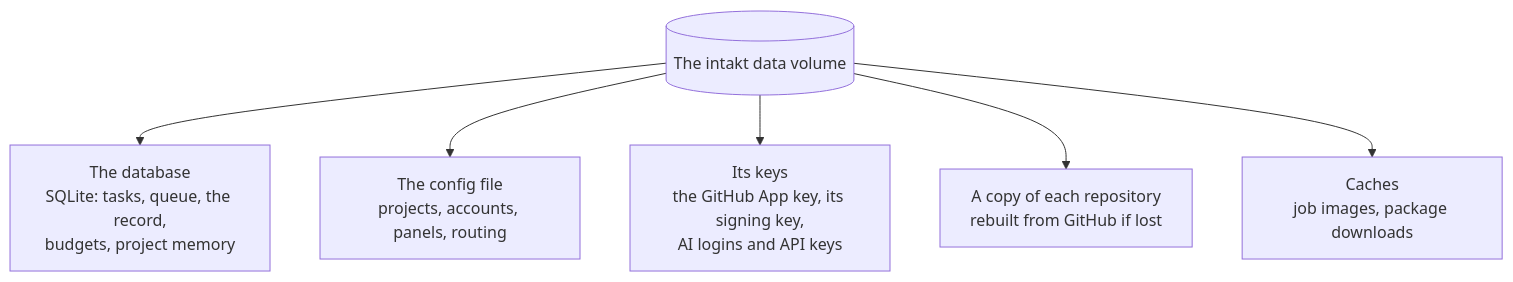
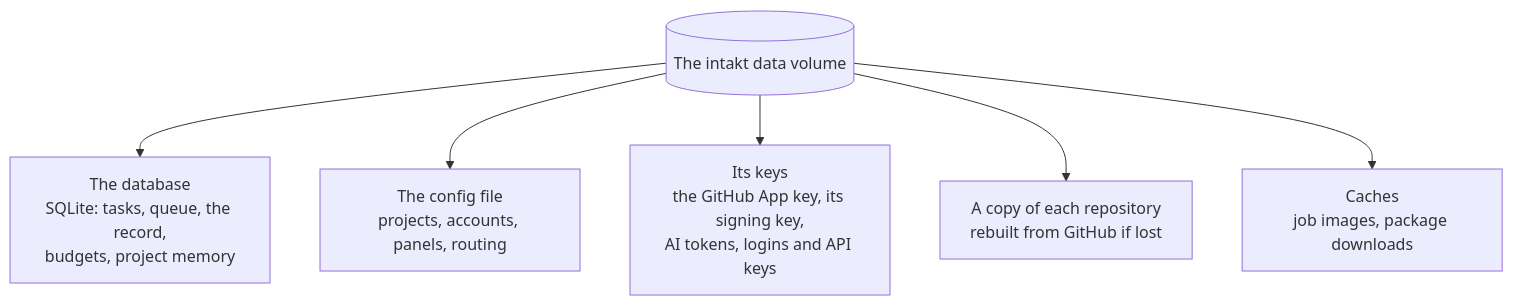
The diagram in docs/guide/your-data.md (shinyredapples/intakt), drawn with Mermaid before and after one commit. The commit also changed 2 other files, not shown here.

Commit message:
docs(guide): name AI tokens beside logins

````diff
--- a/docs/guide/your-data.md
+++ b/docs/guide/your-data.md
@@ -7,8 +7,8 @@
 ```mermaid
 flowchart TD
   vol[(The intakt data volume)] --> db[The database<br/>SQLite: tasks, queue, the record,<br/>budgets, project memory]
   vol --> cfg[The config file<br/>projects, accounts, panels, routing]
-  vol --> keys[Its keys<br/>the GitHub App key, its signing key,<br/>AI logins and API keys]
+  vol --> keys[Its keys<br/>the GitHub App key, its signing key,<br/>AI tokens, logins and API keys]
   vol --> mirror[A copy of each repository<br/>rebuilt from GitHub if lost]
   vol --> cache[Caches<br/>job images, package downloads]
 ```
````
